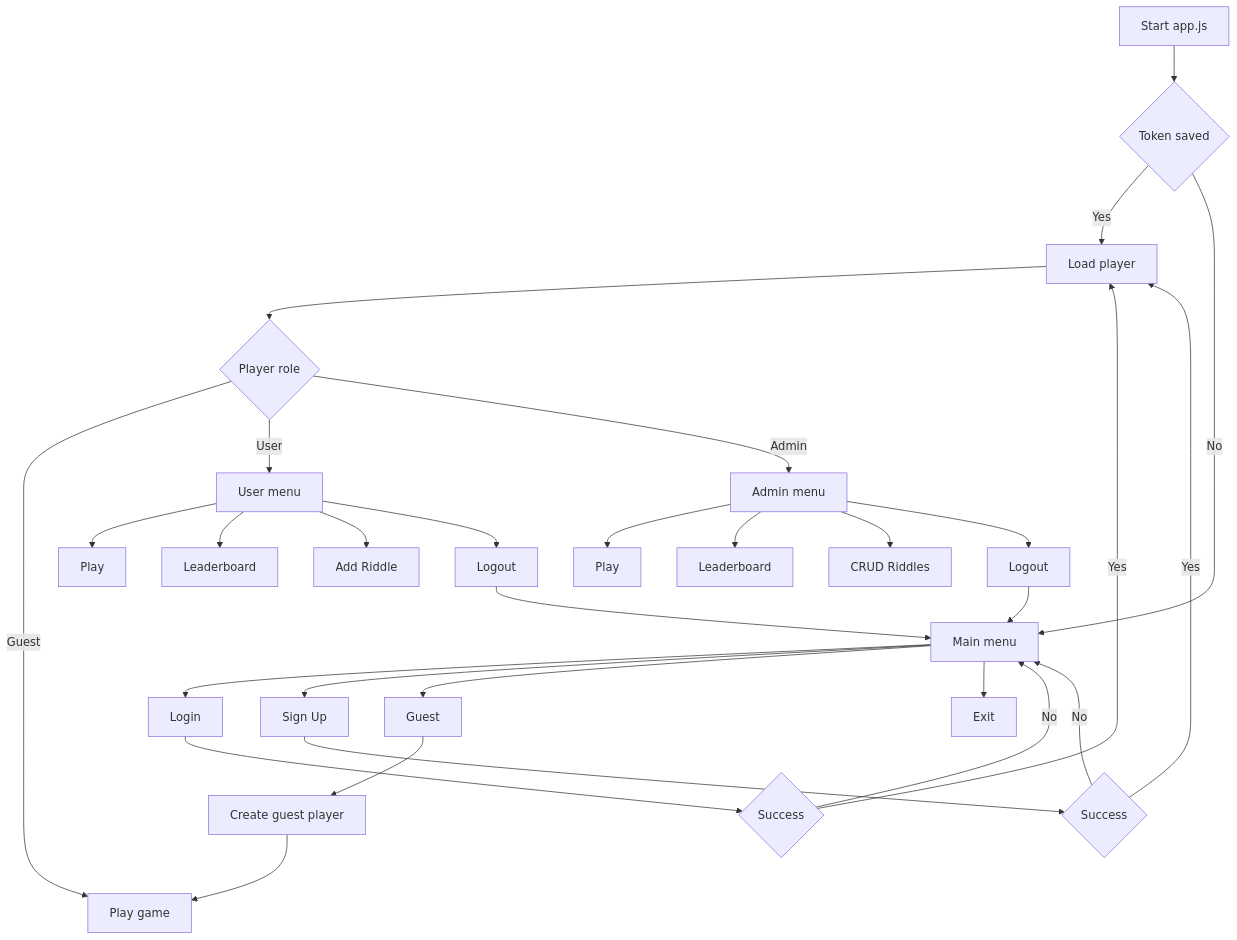
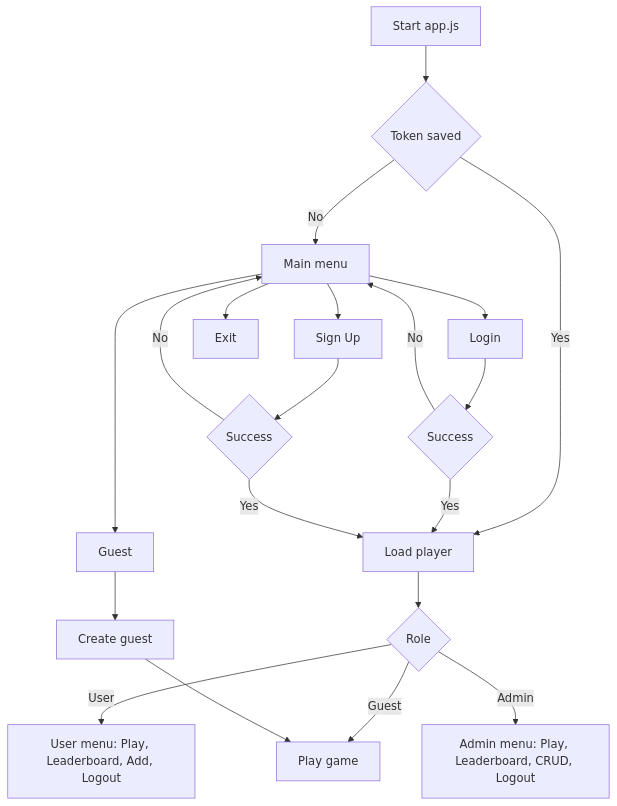
One commit to nahmanbo/RiddleGame changed the diagram in README.md. Above: the diagram before and after it, drawn with Mermaid.

Commit message:
update readme again

````diff
--- a/README.md
+++ b/README.md
@@ -89,31 +89,21 @@
 ```mermaid
 flowchart TD
     A[Start app.js] --> B{Token saved}
-    B -- Yes --> C[Load player] --> D{Player role}
+    B -- Yes --> C[Load player] --> D{Role}
     
     D -- Guest --> E[Play game]
-    
-    D -- User --> F[User menu]
-    F --> F1[Play]
-    F --> F2[Leaderboard]
-    F --> F3[Add Riddle]
-    F --> F4[Logout] --> H
-
-    D -- Admin --> G[Admin menu]
-    G --> G1[Play]
-    G --> G2[Leaderboard]
-    G --> G3[CRUD Riddles]
-    G --> G4[Logout] --> H
+    D -- User --> F[User menu: Play, Leaderboard, Add, Logout]
+    D -- Admin --> G[Admin menu: Play, Leaderboard, CRUD, Logout]
 
     B -- No --> H[Main menu]
     H --> I[Login] --> J{Success}
     J -- Yes --> C
     J -- No --> H
 
     H --> K[Sign Up] --> L{Success}
     L -- Yes --> C
     L -- No --> H
 
-    H --> M[Guest] --> N[Create guest player] --> E
+    H --> M[Guest] --> N[Create guest] --> E
     H --> X[Exit]
 ```
````
